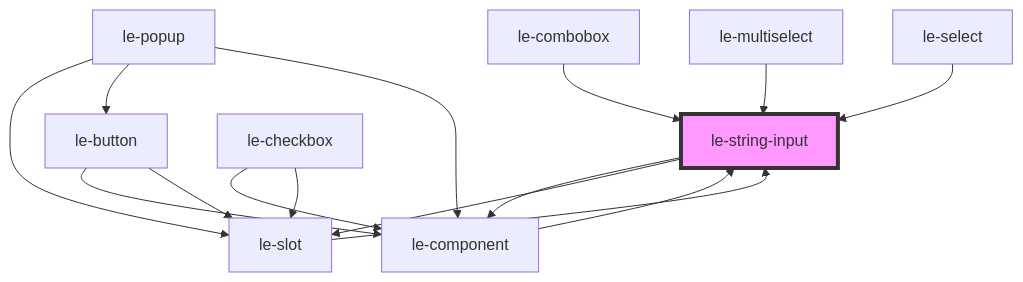
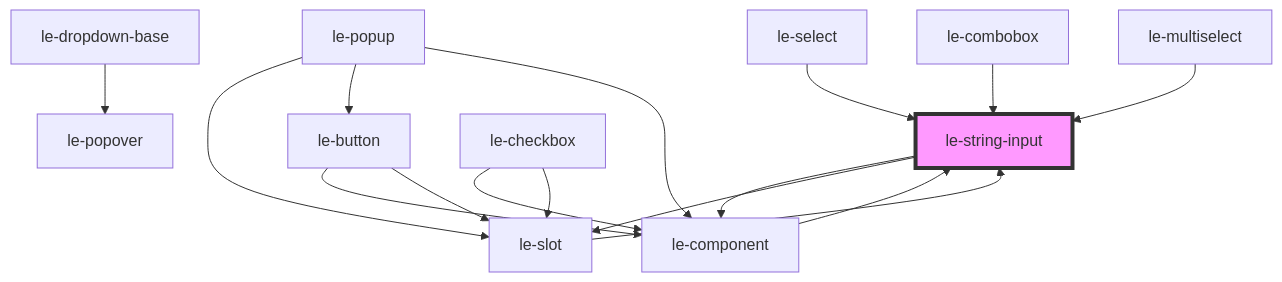
Before and after one commit to leechy/le-kit: the diagram in src/components/le-string-input/readme.md, drawn with Mermaid. The commit also changed 25 other files, not shown here.

Commit message:
Fix for the <le-popover> to have nested popovers (like <le-select>

````diff
--- a/src/components/le-string-input/readme.md
+++ b/src/components/le-string-input/readme.md
@@ -72,18 +72,19 @@
 ```mermaid
 graph TD;
   le-string-input --> le-component
   le-string-input --> le-slot
   le-component --> le-string-input
   le-button --> le-component
   le-button --> le-slot
   le-slot --> le-string-input
+  le-select --> le-string-input
+  le-dropdown-base --> le-popover
   le-checkbox --> le-component
   le-checkbox --> le-slot
   le-popup --> le-slot
   le-popup --> le-button
   le-popup --> le-component
   le-combobox --> le-string-input
   le-multiselect --> le-string-input
-  le-select --> le-string-input
   style le-string-input fill:#f9f,stroke:#333,stroke-width:4px
 ```
````
